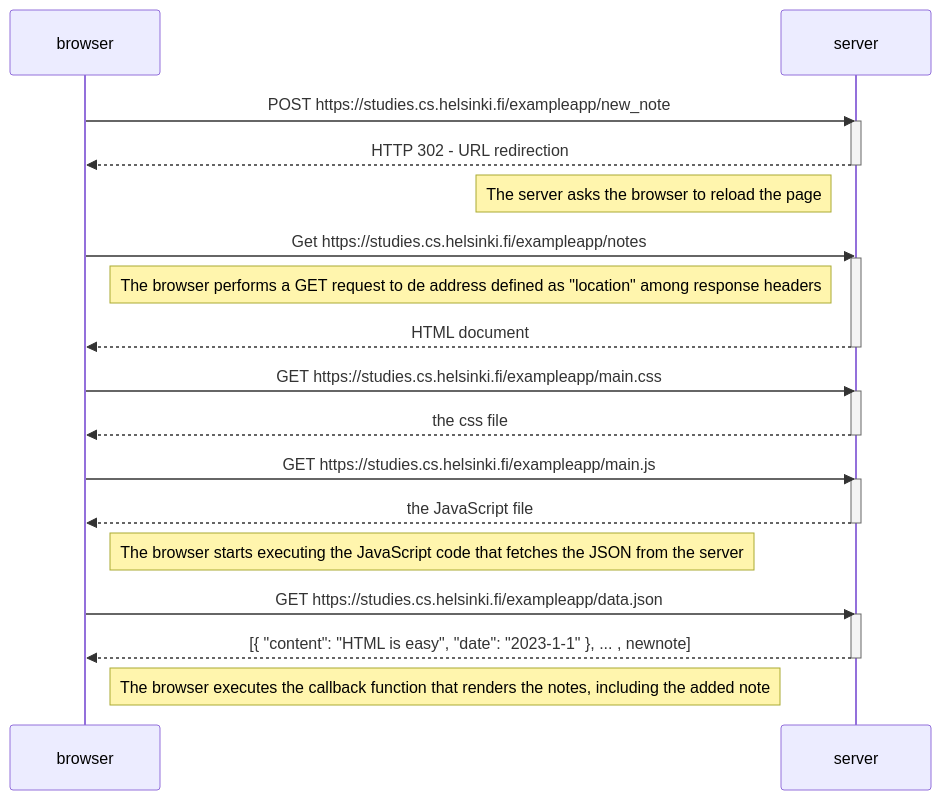
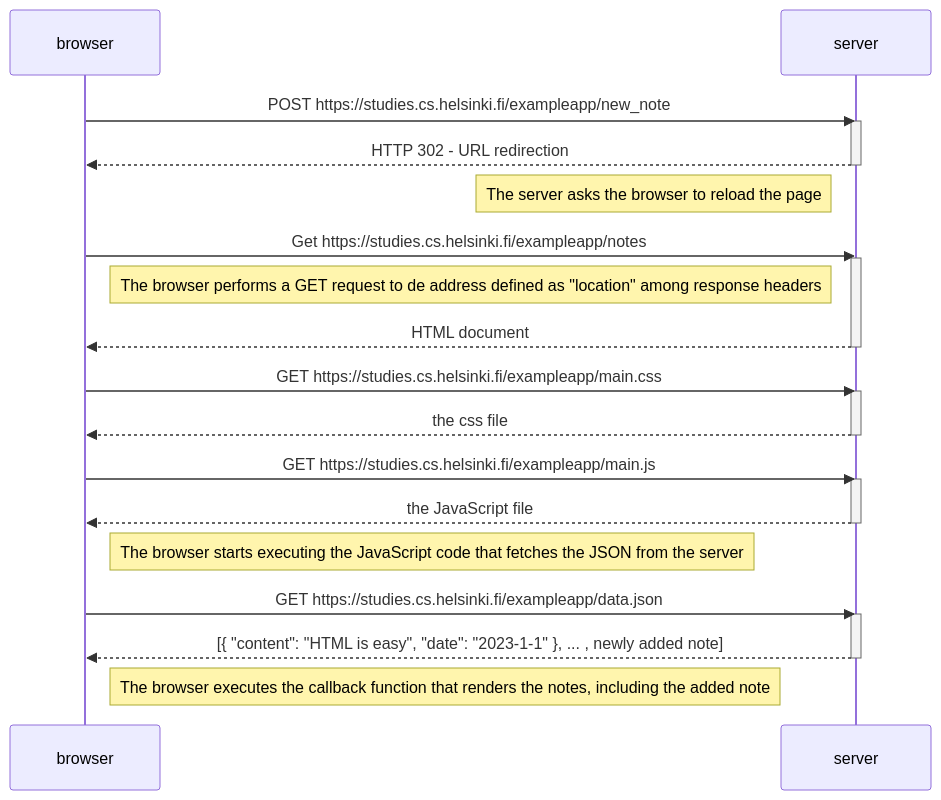
One commit to MC-Codingcat/fullstack changed the diagram in exercise0-4.md. Above: the diagram before and after it, drawn with Mermaid.

Commit message:
exercise0-4

````diff
--- a/exercise0-4.md
+++ b/exercise0-4.md
@@ -1,37 +1,37 @@
 ```mermaid
 sequenceDiagram
     participant browser
     participant server
     
     browser->>server: POST https://studies.cs.helsinki.fi/exampleapp/new_note 
     activate server
     server-->>browser:HTTP 302 - URL redirection
     deactivate server
 
     Note left of server: The server asks the browser to reload the page
 
     browser->>server: Get https://studies.cs.helsinki.fi/exampleapp/notes
     activate server
     Note right of browser: The browser performs a GET request to de address defined as "location" among response headers
     server-->>browser:HTML document
     deactivate server
 
     browser->>server: GET https://studies.cs.helsinki.fi/exampleapp/main.css
     activate server
     server-->>browser: the css file
     deactivate server
 
     browser->>server: GET https://studies.cs.helsinki.fi/exampleapp/main.js
     activate server
     server-->>browser: the JavaScript file
     deactivate server
 
     Note right of browser: The browser starts executing the JavaScript code that fetches the JSON from the server
 
     browser->>server: GET https://studies.cs.helsinki.fi/exampleapp/data.json
     activate server
-    server-->>browser: [{ "content": "HTML is easy", "date": "2023-1-1" }, ... , newnote]
+    server-->>browser: [{ "content": "HTML is easy", "date": "2023-1-1" }, ... , newly added note]
     deactivate server
 
     Note right of browser: The browser executes the callback function that renders the notes, including the added note
 ```
````
